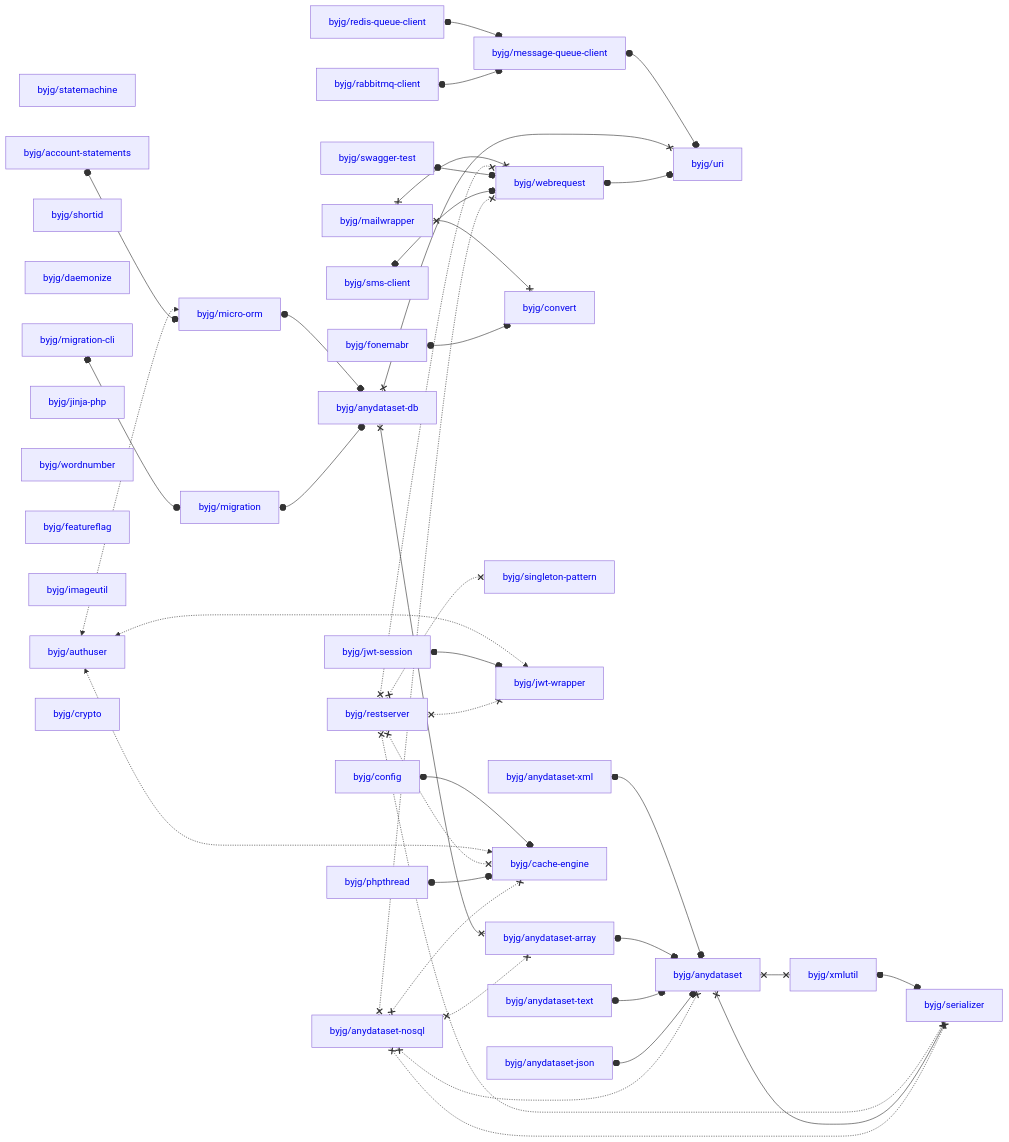
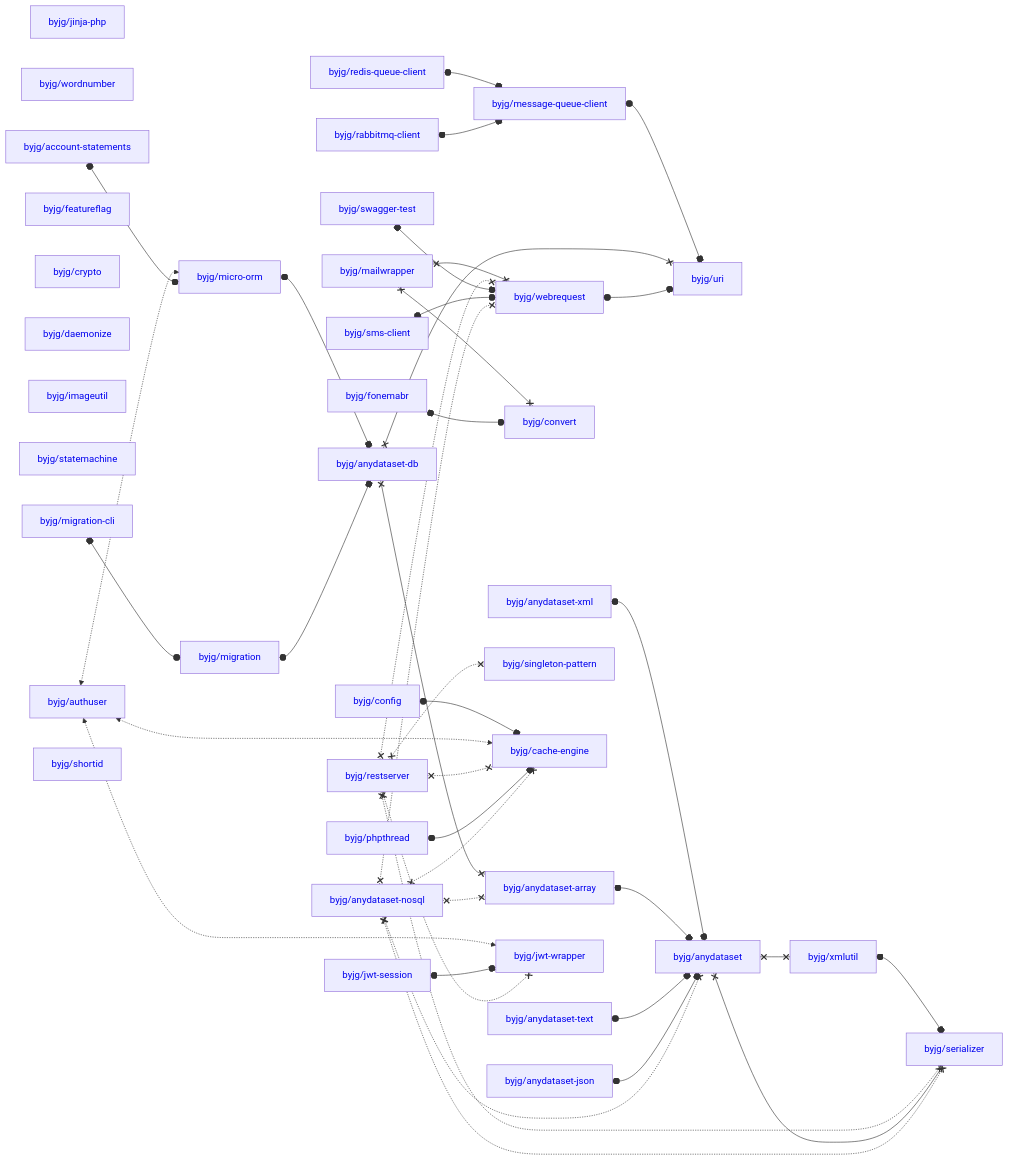
Before and after one commit to byjg/byjg.github.io: the diagram in docs/php/README.md, drawn with Mermaid. The commit also changed other lines of this file, not shown here.

Commit message:
Update documentation 'php' 'php-migration'

````diff
--- a/docs/php/README.md
+++ b/docs/php/README.md
@@ -3,80 +3,80 @@
 ```mermaid
 graph LR;
-  byjg/statemachine[<a href='https://opensource.byjg.com/docs/php/statemachine' style='text-decoration:none'>byjg/statemachine</a>];
+  byjg/jinja-php[<a href='https://opensource.byjg.com/docs/php/jinja-php' style='text-decoration:none'>byjg/jinja-php</a>];
+  byjg/wordnumber[<a href='https://opensource.byjg.com/docs/php/wordnumber' style='text-decoration:none'>byjg/wordnumber</a>];
+  byjg/account-statements[<a href='https://opensource.byjg.com/docs/php/account-statements' style='text-decoration:none'>byjg/account-statements</a>];
+  byjg/featureflag[<a href='https://opensource.byjg.com/docs/php/featureflag' style='text-decoration:none'>byjg/featureflag</a>];
+  byjg/crypto[<a href='https://opensource.byjg.com/docs/php/crypto' style='text-decoration:none'>byjg/crypto</a>];
+  byjg/jwt-session[<a href='https://opensource.byjg.com/docs/php/jwt-session' style='text-decoration:none'>byjg/jwt-session</a>];
   byjg/config[<a href='https://opensource.byjg.com/docs/php/config' style='text-decoration:none'>byjg/config</a>];
-  byjg/swagger-test[<a href='https://opensource.byjg.com/docs/php/swagger-test' style='text-decoration:none'>byjg/swagger-test</a>];
-  byjg/anydataset-json[<a href='https://opensource.byjg.com/docs/php/anydataset-json' style='text-decoration:none'>byjg/anydataset-json</a>];
-  byjg/phpthread[<a href='https://opensource.byjg.com/docs/php/phpthread' style='text-decoration:none'>byjg/phpthread</a>];
-  byjg/authuser[<a href='https://opensource.byjg.com/docs/php/authuser' style='text-decoration:none'>byjg/authuser</a>];
-  byjg/jwt-session[<a href='https://opensource.byjg.com/docs/php/jwt-session' style='text-decoration:none'>byjg/jwt-session</a>];
-  byjg/shortid[<a href='https://opensource.byjg.com/docs/php/shortid' style='text-decoration:none'>byjg/shortid</a>];
-  byjg/anydataset-text[<a href='https://opensource.byjg.com/docs/php/anydataset-text' style='text-decoration:none'>byjg/anydataset-text</a>];
-  byjg/sms-client[<a href='https://opensource.byjg.com/docs/php/sms-client' style='text-decoration:none'>byjg/sms-client</a>];
-  byjg/fonemabr[<a href='https://opensource.byjg.com/docs/php/fonemabr' style='text-decoration:none'>byjg/fonemabr</a>];
   byjg/daemonize[<a href='https://opensource.byjg.com/docs/php/daemonize' style='text-decoration:none'>byjg/daemonize</a>];
   byjg/mailwrapper[<a href='https://opensource.byjg.com/docs/php/mailwrapper' style='text-decoration:none'>byjg/mailwrapper</a>];
+  byjg/imageutil[<a href='https://opensource.byjg.com/docs/php/imageutil' style='text-decoration:none'>byjg/imageutil</a>];
+  byjg/statemachine[<a href='https://opensource.byjg.com/docs/php/statemachine' style='text-decoration:none'>byjg/statemachine</a>];
+  byjg/sms-client[<a href='https://opensource.byjg.com/docs/php/sms-client' style='text-decoration:none'>byjg/sms-client</a>];
+  byjg/authuser[<a href='https://opensource.byjg.com/docs/php/authuser' style='text-decoration:none'>byjg/authuser</a>];
+  byjg/swagger-test[<a href='https://opensource.byjg.com/docs/php/swagger-test' style='text-decoration:none'>byjg/swagger-test</a>];
+  byjg/fonemabr[<a href='https://opensource.byjg.com/docs/php/fonemabr' style='text-decoration:none'>byjg/fonemabr</a>];
+  byjg/anydataset-xml[<a href='https://opensource.byjg.com/docs/php/anydataset-xml' style='text-decoration:none'>byjg/anydataset-xml</a>];
+  byjg/redis-queue-client[<a href='https://opensource.byjg.com/docs/php/redis-queue-client' style='text-decoration:none'>byjg/redis-queue-client</a>];
+  byjg/anydataset-text[<a href='https://opensource.byjg.com/docs/php/anydataset-text' style='text-decoration:none'>byjg/anydataset-text</a>];
+  byjg/anydataset-nosql[<a href='https://opensource.byjg.com/docs/php/anydataset-nosql' style='text-decoration:none'>byjg/anydataset-nosql</a>];
+  byjg/phpthread[<a href='https://opensource.byjg.com/docs/php/phpthread' style='text-decoration:none'>byjg/phpthread</a>];
+  byjg/rabbitmq-client[<a href='https://opensource.byjg.com/docs/php/rabbitmq-client' style='text-decoration:none'>byjg/rabbitmq-client</a>];
+  byjg/restserver[<a href='https://opensource.byjg.com/docs/php/restserver' style='text-decoration:none'>byjg/restserver</a>];
   byjg/migration-cli[<a href='https://opensource.byjg.com/docs/php/migration-cli' style='text-decoration:none'>byjg/migration-cli</a>];
-  byjg/jinja-php[<a href='https://opensource.byjg.com/docs/php/jinja-php' style='text-decoration:none'>byjg/jinja-php</a>];
-  byjg/wordnumber[<a href='https://opensource.byjg.com/docs/php/wordnumber' style='text-decoration:none'>byjg/wordnumber</a>];
-  byjg/featureflag[<a href='https://opensource.byjg.com/docs/php/featureflag' style='text-decoration:none'>byjg/featureflag</a>];
-  byjg/restserver[<a href='https://opensource.byjg.com/docs/php/restserver' style='text-decoration:none'>byjg/restserver</a>];
-  byjg/anydataset-xml[<a href='https://opensource.byjg.com/docs/php/anydataset-xml' style='text-decoration:none'>byjg/anydataset-xml</a>];
-  byjg/imageutil[<a href='https://opensource.byjg.com/docs/php/imageutil' style='text-decoration:none'>byjg/imageutil</a>];
-  byjg/anydataset-nosql[<a href='https://opensource.byjg.com/docs/php/anydataset-nosql' style='text-decoration:none'>byjg/anydataset-nosql</a>];
-  byjg/account-statements[<a href='https://opensource.byjg.com/docs/php/account-statements' style='text-decoration:none'>byjg/account-statements</a>];
-  byjg/crypto[<a href='https://opensource.byjg.com/docs/php/crypto' style='text-decoration:none'>byjg/crypto</a>];
-  byjg/redis-queue-client[<a href='https://opensource.byjg.com/docs/php/redis-queue-client' style='text-decoration:none'>byjg/redis-queue-client</a>];
-  byjg/rabbitmq-client[<a href='https://opensource.byjg.com/docs/php/rabbitmq-client' style='text-decoration:none'>byjg/rabbitmq-client</a>];
+  byjg/shortid[<a href='https://opensource.byjg.com/docs/php/shortid' style='text-decoration:none'>byjg/shortid</a>];
+  byjg/anydataset-json[<a href='https://opensource.byjg.com/docs/php/anydataset-json' style='text-decoration:none'>byjg/anydataset-json</a>];
+  byjg/micro-orm[<a href='https://opensource.byjg.com/docs/php/micro-orm' style='text-decoration:none'>byjg/micro-orm</a>];
   byjg/convert[<a href='https://opensource.byjg.com/docs/php/convert' style='text-decoration:none'>byjg/convert</a>];
+  byjg/message-queue-client[<a href='https://opensource.byjg.com/docs/php/message-queue-client' style='text-decoration:none'>byjg/message-queue-client</a>];
+  byjg/singleton-pattern[<a href='https://opensource.byjg.com/docs/php/singleton-pattern' style='text-decoration:none'>byjg/singleton-pattern</a>];
+  byjg/cache-engine[<a href='https://opensource.byjg.com/docs/php/cache-engine' style='text-decoration:none'>byjg/cache-engine</a>];
+  byjg/webrequest[<a href='https://opensource.byjg.com/docs/php/webrequest' style='text-decoration:none'>byjg/webrequest</a>];
+  byjg/jwt-wrapper[<a href='https://opensource.byjg.com/docs/php/jwt-wrapper' style='text-decoration:none'>byjg/jwt-wrapper</a>];
   byjg/migration[<a href='https://opensource.byjg.com/docs/php/migration' style='text-decoration:none'>byjg/migration</a>];
-  byjg/singleton-pattern[<a href='https://opensource.byjg.com/docs/php/singleton-pattern' style='text-decoration:none'>byjg/singleton-pattern</a>];
-  byjg/jwt-wrapper[<a href='https://opensource.byjg.com/docs/php/jwt-wrapper' style='text-decoration:none'>byjg/jwt-wrapper</a>];
-  byjg/webrequest[<a href='https://opensource.byjg.com/docs/php/webrequest' style='text-decoration:none'>byjg/webrequest</a>];
-  byjg/cache-engine[<a href='https://opensource.byjg.com/docs/php/cache-engine' style='text-decoration:none'>byjg/cache-engine</a>];
-  byjg/micro-orm[<a href='https://opensource.byjg.com/docs/php/micro-orm' style='text-decoration:none'>byjg/micro-orm</a>];
-  byjg/message-queue-client[<a href='https://opensource.byjg.com/docs/php/message-queue-client' style='text-decoration:none'>byjg/message-queue-client</a>];
   byjg/anydataset-db[<a href='https://opensource.byjg.com/docs/php/anydataset-db' style='text-decoration:none'>byjg/anydataset-db</a>];
   byjg/anydataset-array[<a href='https://opensource.byjg.com/docs/php/anydataset-array' style='text-decoration:none'>byjg/anydataset-array</a>];
   byjg/uri[<a href='https://opensource.byjg.com/docs/php/uri' style='text-decoration:none'>byjg/uri</a>];
   byjg/anydataset[<a href='https://opensource.byjg.com/docs/php/anydataset' style='text-decoration:none'>byjg/anydataset</a>];
   byjg/xmlutil[<a href='https://opensource.byjg.com/docs/php/xmlutil' style='text-decoration:none'>byjg/xmlutil</a>];
   byjg/serializer[<a href='https://opensource.byjg.com/docs/php/serializer' style='text-decoration:none'>byjg/serializer</a>];
   byjg/anydataset-xml o--o byjg/anydataset;
   byjg/config o--o byjg/cache-engine;
   byjg/authuser <-.-> byjg/micro-orm;
   byjg/authuser <-.-> byjg/cache-engine;
   byjg/authuser <-.-> byjg/jwt-wrapper;
   byjg/jwt-session o--o byjg/jwt-wrapper;
   byjg/redis-queue-client o--o byjg/message-queue-client;
   byjg/xmlutil o--o byjg/serializer;
   byjg/anydataset-array o--o byjg/anydataset;
   byjg/anydataset-text o--o byjg/anydataset;
   byjg/mailwrapper x--x byjg/convert;
   byjg/mailwrapper x--x byjg/webrequest;
   byjg/restserver x-.-x byjg/serializer;
   byjg/restserver x-.-x byjg/singleton-pattern;
   byjg/restserver x-.-x byjg/cache-engine;
   byjg/restserver x-.-x byjg/webrequest;
   byjg/restserver x-.-x byjg/jwt-wrapper;
   byjg/anydataset x--x byjg/serializer;
   byjg/anydataset x--x byjg/xmlutil;
   byjg/micro-orm o--o byjg/anydataset-db;
   byjg/phpthread o--o byjg/cache-engine;
   byjg/anydataset-json o--o byjg/anydataset;
   byjg/swagger-test o--o byjg/webrequest;
   byjg/fonemabr o--o byjg/convert;
   byjg/account-statements o--o byjg/micro-orm;
   byjg/sms-client o--o byjg/webrequest;
   byjg/migration-cli o--o byjg/migration;
   byjg/message-queue-client o--o byjg/uri;
   byjg/anydataset-db x--x byjg/anydataset-array;
   byjg/anydataset-db x--x byjg/uri;
   byjg/webrequest o--o byjg/uri;
   byjg/migration o--o byjg/anydataset-db;
   byjg/rabbitmq-client o--o byjg/message-queue-client;
   byjg/anydataset-nosql x-.-x byjg/anydataset;
   byjg/anydataset-nosql x-.-x byjg/anydataset-array;
   byjg/anydataset-nosql x-.-x byjg/serializer;
   byjg/anydataset-nosql x-.-x byjg/webrequest;
   byjg/anydataset-nosql x-.-x byjg/cache-engine;
 ```
````
